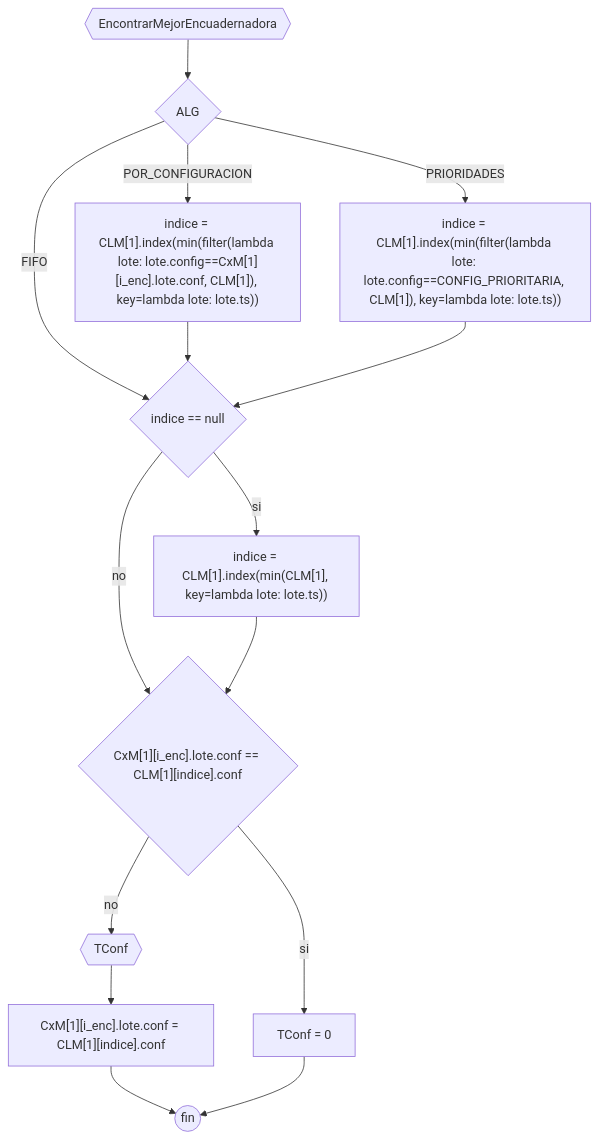
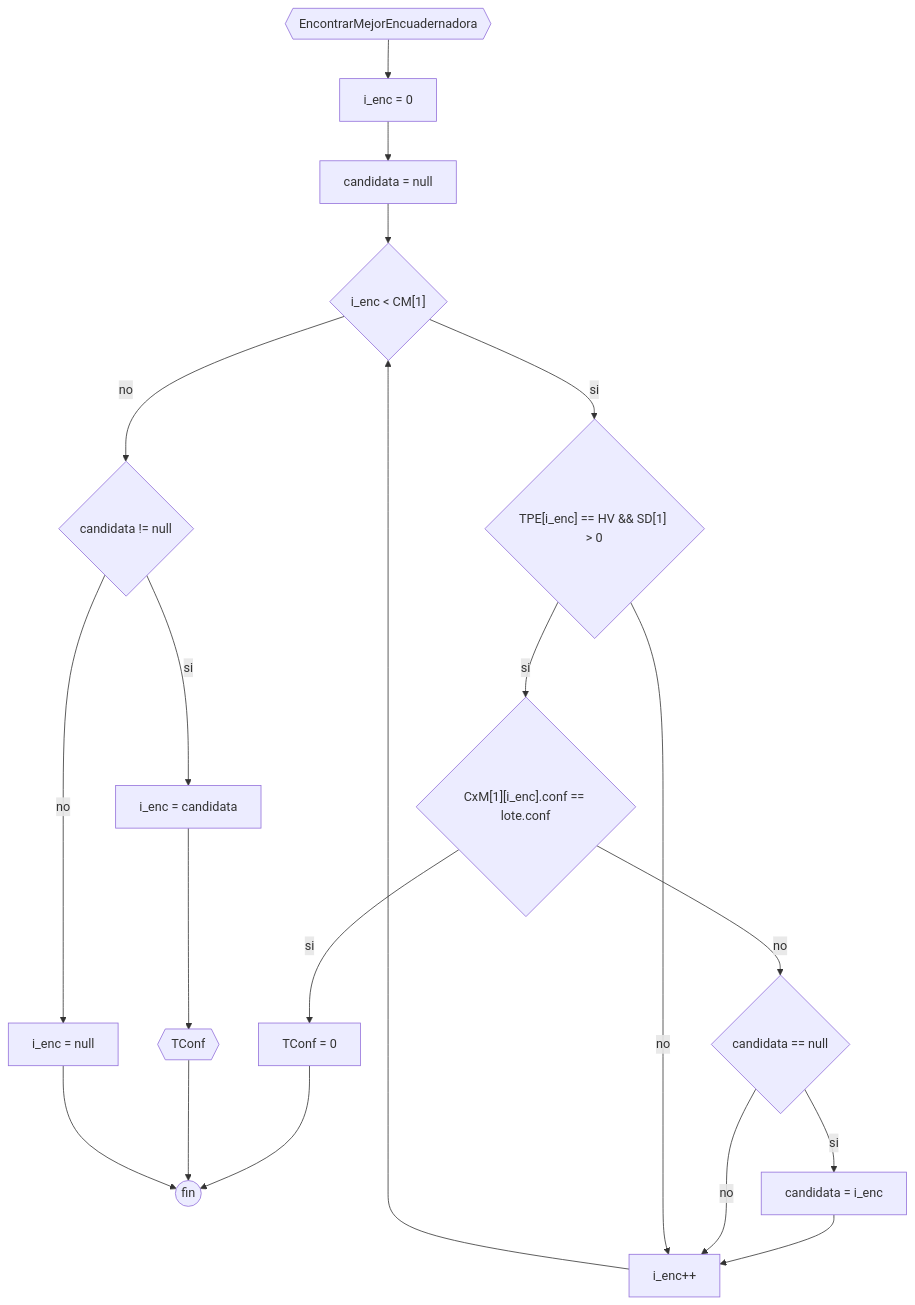
One commit to JuanManuelPrividera/TP-Simu changed the diagram in docs/Diagramas/impresion/EncontrarMejorEncuadernadora.mermaid. Above: the diagram before and after it, drawn with Mermaid. The commit also changed 24 other files, not shown here.

```diff
--- a/docs/Diagramas/impresion/EncontrarMejorEncuadernadora.mermaid
+++ b/docs/Diagramas/impresion/EncontrarMejorEncuadernadora.mermaid
@@ -1,14 +1,14 @@
 flowchart TD
-a0{{EncontrarMejorEncuadernadora}} --> if{ALG}
-if --> |POR_CONFIGURACION| a2["indice = CLM[1].index(min(filter(lambda lote: lote.config==CxM[1][i_enc].lote.conf, CLM[1]), key=lambda lote: lote.ts))"]
-if --> |PRIORIDADES| a3["indice = CLM[1].index(min(filter(lambda lote: lote.config==CONFIG_PRIORITARIA, CLM[1]), key=lambda lote: lote.ts))"]
-if --> |FIFO| a1{indice == null}
-a1 --> |si| b["indice = CLM[1].index(min(CLM[1], key=lambda lote: lote.ts))"]
-a1 --> |no| g
-a2 --> a1
-a3 --> a1
-b --> g{"CxM[1][i_enc].lote.conf == CLM[1][indice].conf"}
-g --> |si| g1[TConf = 0]
-g --> |no| g2{{TConf}}
-g2 --> g3["CxM[1][i_enc].lote.conf = CLM[1][indice].conf"] --> g4 
-g1 --> g4((fin)) 
+a0{{EncontrarMejorEncuadernadora}} --> a1["i_enc = 0"]
+a1 --> a2["candidata = null"]
+a2 --> a3{"i_enc < CM[1]"}
+a3 --> |si| a4{"TPE[i_enc] == HV && SD[1] > 0"}
+a4 --> |si| a5{"CxM[1][i_enc].conf == lote.conf"}
+a5 --> |si| b1[TConf = 0] --> fin((fin))
+a5 --> |no| c{"candidata == null"}
+c --> |si| d["candidata = i_enc"] --> e["i_enc++"] --> a3
+c --> |no| e
+a4 --> |no| e
+a3 --> |no| f{"candidata != null"}
+f --> |si| g["i_enc = candidata"] --> h{{TConf}} --> fin
+f --> |no| k["i_enc = null"] --> fin
```
